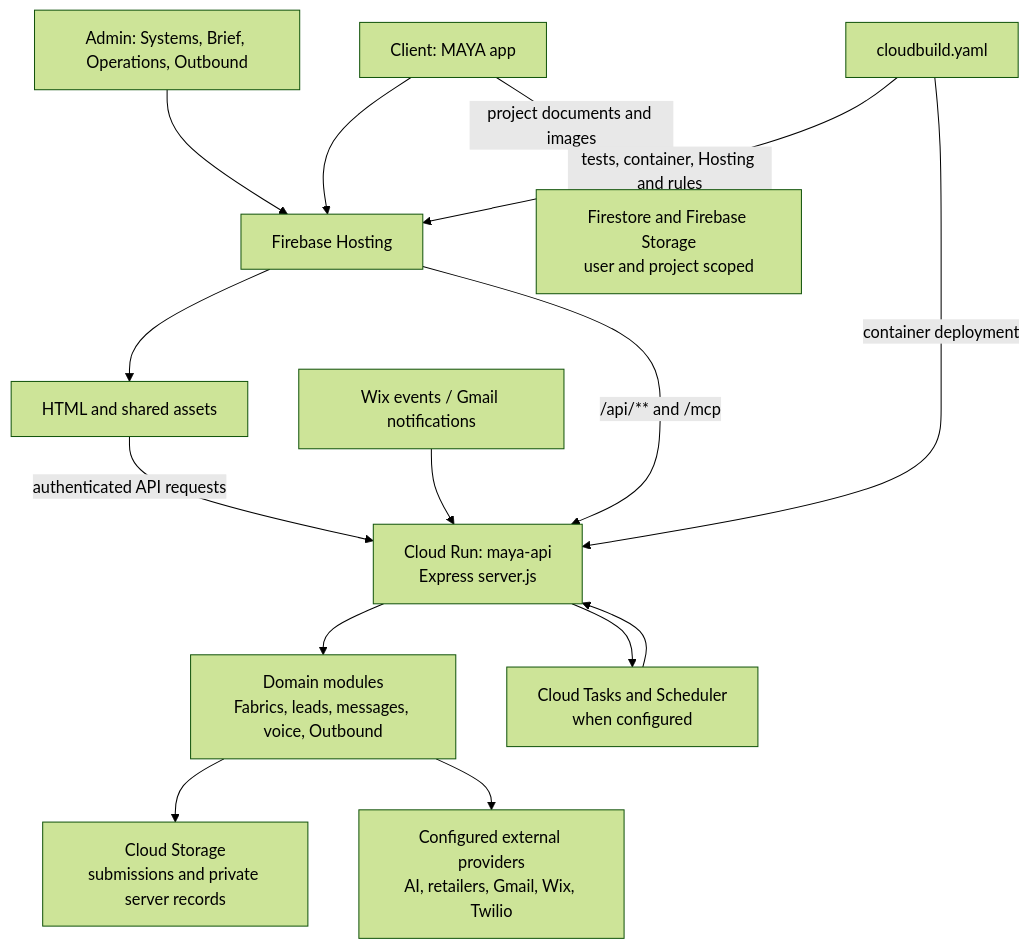
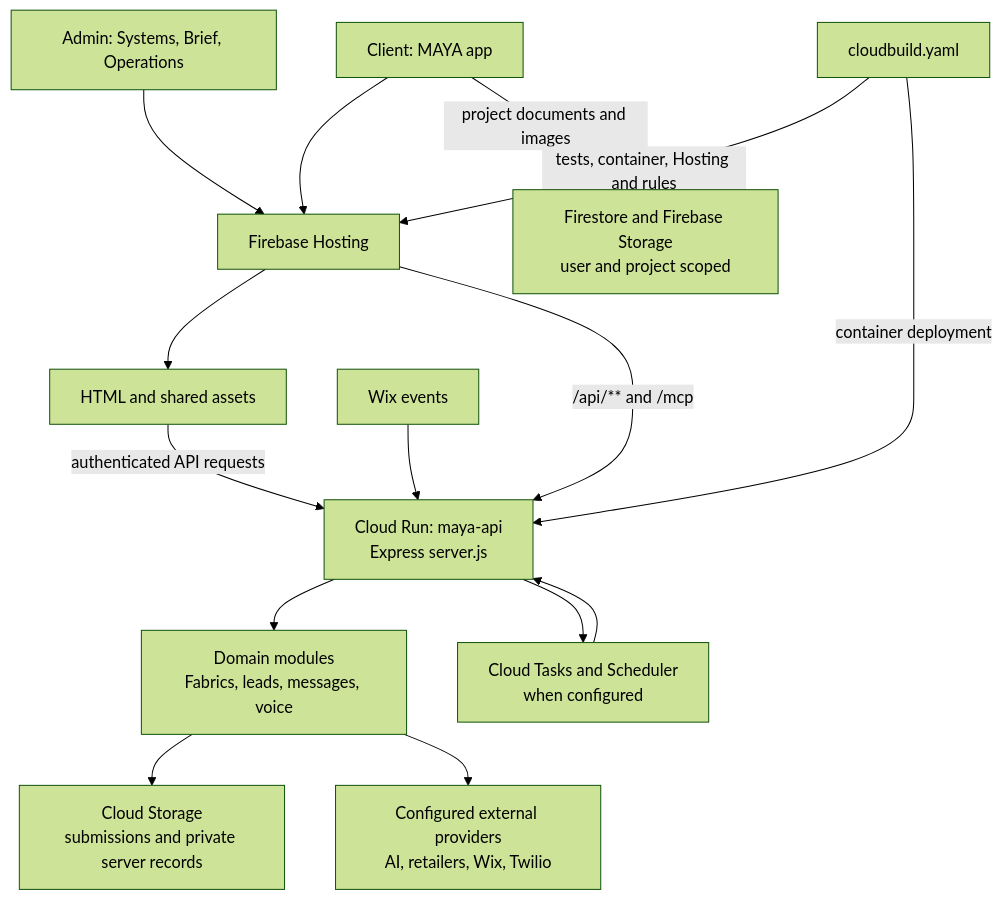
Before and after one commit to ManaSiyo/MAYA: the first of 2 diagrams in docs/ARCHITECTURE-MAP.md, drawn with Mermaid (forest theme). The commit also changed other lines of this file and 71 other files, not shown here.

````diff
--- a/docs/ARCHITECTURE-MAP.md
+++ b/docs/ARCHITECTURE-MAP.md
@@ -9,17 +9,17 @@
 ```mermaid
 flowchart TB
   Client[Client: MAYA app] --> Hosting[Firebase Hosting]
-  Owner[Admin: Systems, Brief, Operations, Outbound] --> Hosting
+  Owner[Admin: Systems, Brief, Operations] --> Hosting
   Hosting --> Pages[HTML and shared assets]
   Hosting -->|/api/** and /mcp| API[Cloud Run: maya-api\nExpress server.js]
   Client -->|project documents and images| Firebase[Firestore and Firebase Storage\nuser and project scoped]
   Pages -->|authenticated API requests| API
-  API --> Services[Domain modules\nFabrics, leads, messages, voice, Outbound]
+  API --> Services[Domain modules\nFabrics, leads, messages, voice]
   Services --> GCS[Cloud Storage\nsubmissions and private server records]
-  Services --> Providers[Configured external providers\nAI, retailers, Gmail, Wix, Twilio]
-  Events[Wix events / Gmail notifications] --> API
+  Services --> Providers[Configured external providers\nAI, retailers, Wix, Twilio]
+  Events[Wix events] --> API
   API --> Tasks[Cloud Tasks and Scheduler\nwhen configured]
   Tasks --> API
   Build[cloudbuild.yaml] -->|tests, container, Hosting and rules| Hosting
   Build -->|container deployment| API
 ```
````
